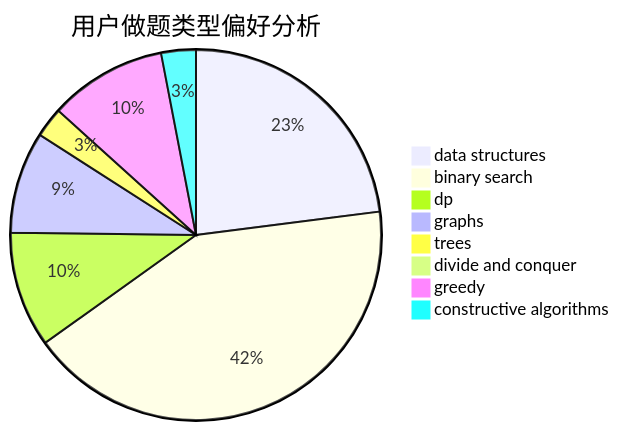
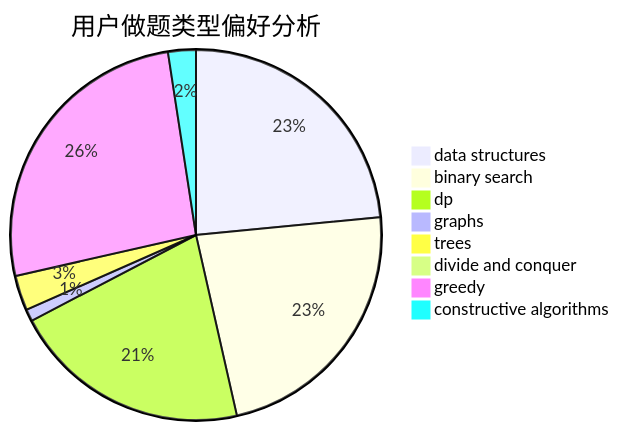
One commit to sherpahu/cfrs.github.io changed the second of 3 diagrams in docs/user/u1229.md. Above: the diagram before and after it, drawn with Mermaid. The commit also changed other lines of this file and 2770 other files, not shown here.

````diff
--- a/docs/user/u1229.md
+++ b/docs/user/u1229.md
@@ -23,11 +23,11 @@
 ```mermaid
 pie title 用户做题类型偏好分析
-    "data structures" :  114
-    "binary search" :  209
-    "dp" :  50
-    "graphs" :  44
-    "trees" :  13
-    "divide and conquer" :  0
-    "greedy" :  51
-    "constructive algorithms" :  15
+    "data structures" :  493
+    "binary search" :  483
+    "dp" :  439
+    "graphs" :  22
+    "trees" :  64
+    "divide and conquer" :  10
+    "greedy" :  549
+    "constructive algorithms" :  51
 ```
````
